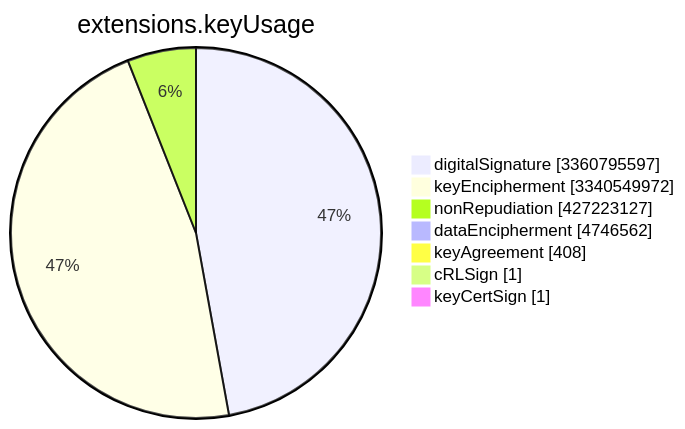
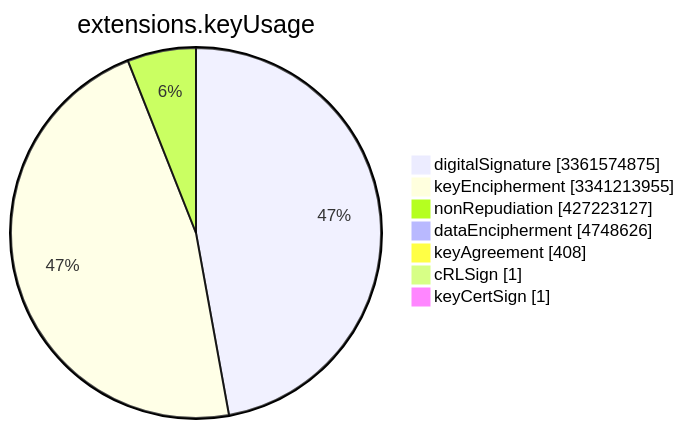
Before and after one commit to christiankrug/ctmonitor_visualization: the sixth of 15 diagrams in TOTAL/README.md, drawn with Mermaid. The commit also changed other lines of this file, not shown here.

````diff
--- a/TOTAL/README.md
+++ b/TOTAL/README.md
@@ -3079,11 +3079,11 @@
 ```mermaid
 pie showData
 title extensions.keyUsage
-"digitalSignature" :3360795597
-"keyEncipherment" :3340549972
+"digitalSignature" :3361574875
+"keyEncipherment" :3341213955
 "nonRepudiation" :427223127
-"dataEncipherment" :4746562
+"dataEncipherment" :4748626
 "keyAgreement" :408
 "cRLSign" :1
 "keyCertSign" :1
 ```
````
